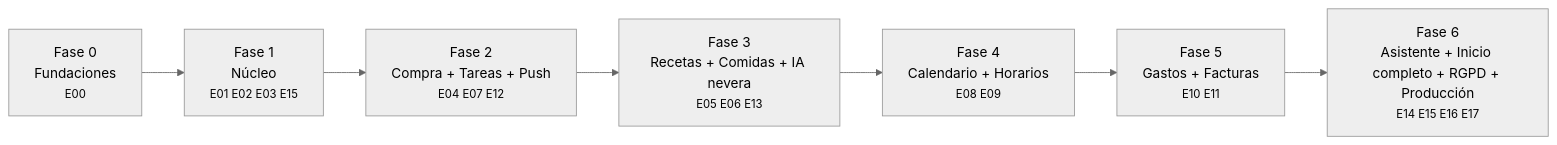
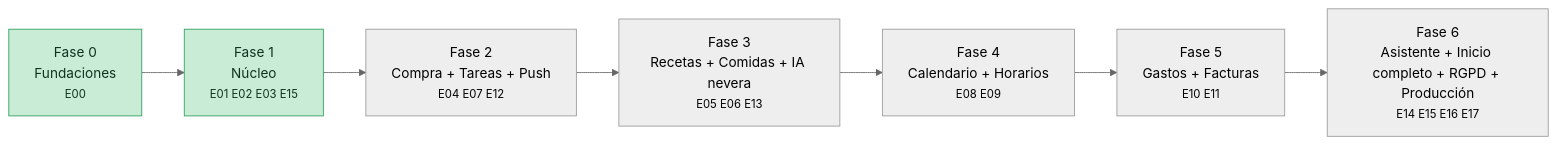
The first of 9 diagrams in BOARD.md (obaiges/hogaria), drawn with Mermaid (neutral theme) before and after one commit. The commit also changed other lines of this file and 3 other files, not shown here.

First line of the commit message:
chore(board): diagramas de progreso en verde con pnpm board:progress

````diff
--- a/BOARD.md
+++ b/BOARD.md
@@ -299,11 +299,15 @@
 ```mermaid
 flowchart LR
   F0["Fase 0<br/>Fundaciones<br/><small>E00</small>"]
   F1["Fase 1<br/>Núcleo<br/><small>E01 E02 E03 E15</small>"]
   F2["Fase 2<br/>Compra + Tareas + Push<br/><small>E04 E07 E12</small>"]
   F3["Fase 3<br/>Recetas + Comidas + IA nevera<br/><small>E05 E06 E13</small>"]
   F4["Fase 4<br/>Calendario + Horarios<br/><small>E08 E09</small>"]
   F5["Fase 5<br/>Gastos + Facturas<br/><small>E10 E11</small>"]
   F6["Fase 6<br/>Asistente + Inicio completo + RGPD + Producción<br/><small>E14 E15 E16 E17</small>"]
   F0 --> F1 --> F2 --> F3 --> F4 --> F5 --> F6
+%% progreso (generado por scripts/board-progress.mjs)
+  classDef done fill:#2e9e5b,stroke:#1d6b3c,color:#ffffff
+  classDef started fill:#c8ecd5,stroke:#2e9e5b,color:#10331f
+  class F0,F1 started
 ```
````
